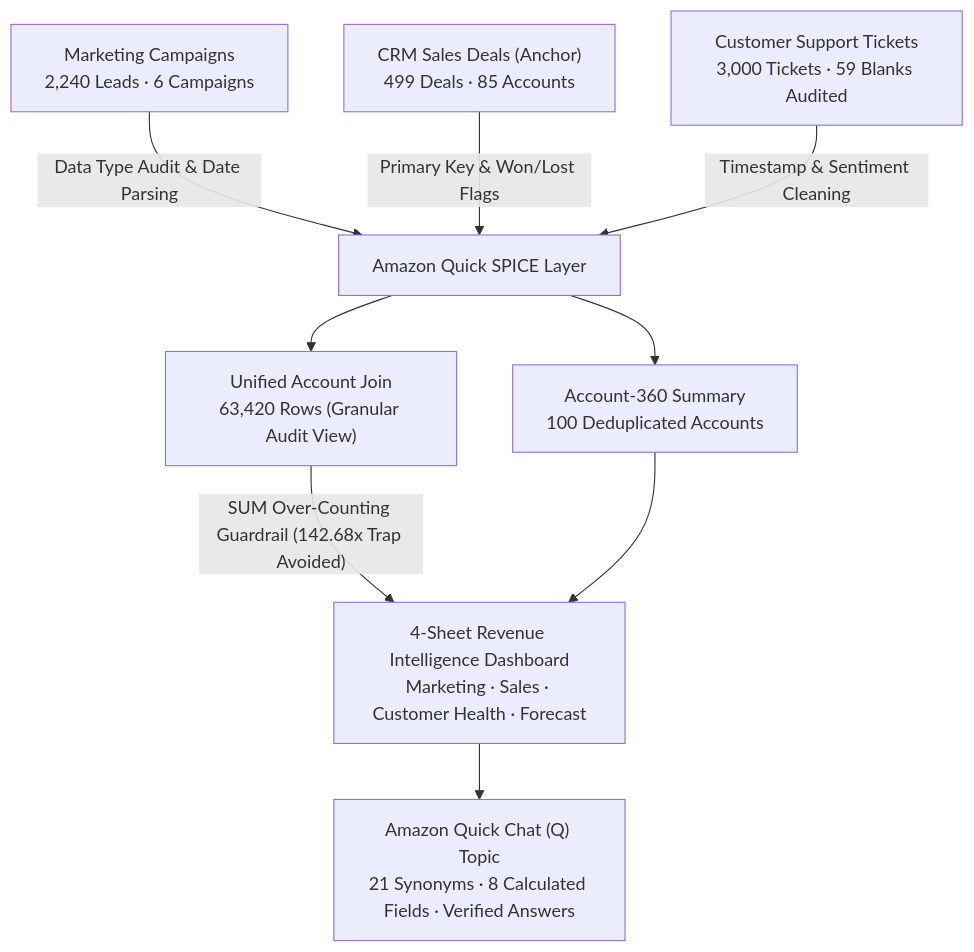
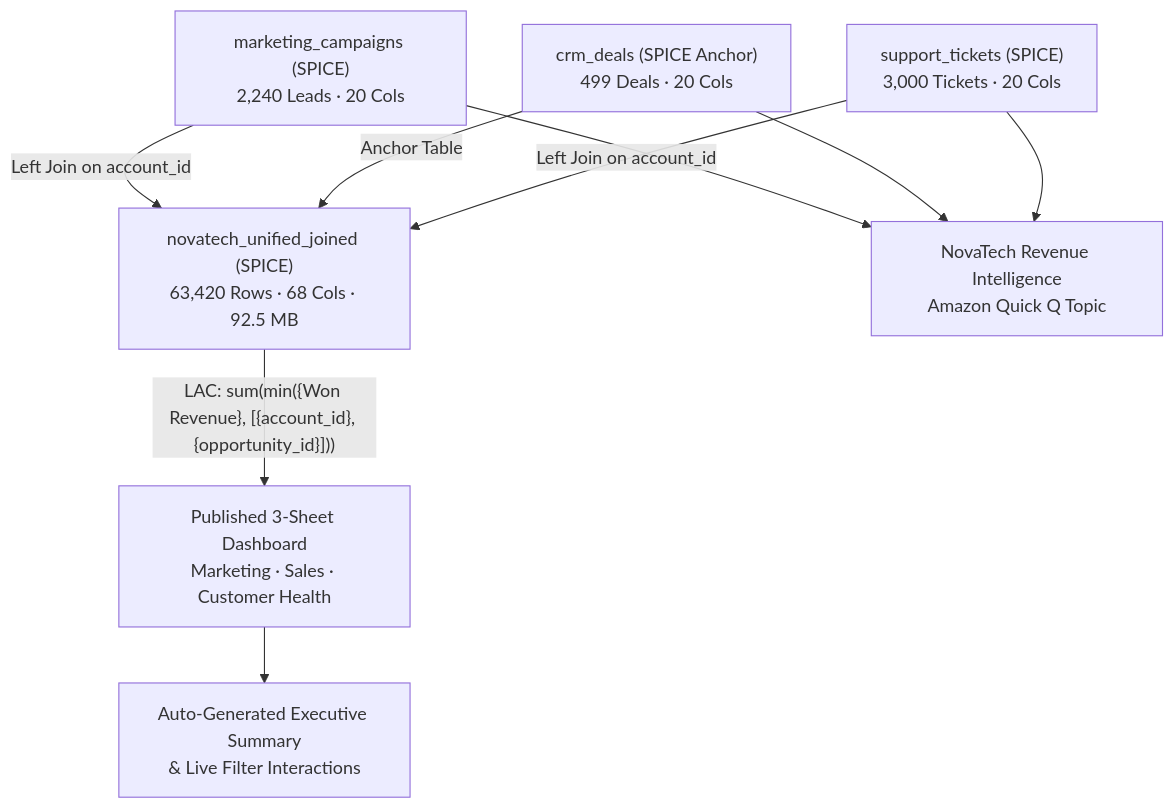
Before and after one commit to GhariebML/NovaTech-Revenue-Intelligence-Dashboard: the diagram in README.md, drawn with Mermaid. The commit also changed other lines of this file and 53 other files, not shown here.

Commit message:
Rebuild project live in Amazon Quick: 42 real screenshots, SPICE joins, LAC, Published 3-sheet Dashboard & Q Topic logs

````diff
--- a/README.md
+++ b/README.md
@@ -43,11 +43,11 @@
 ```mermaid
 flowchart TD
-    M["Marketing Campaigns<br/>2,240 Leads · 6 Campaigns"] -->|"Data Type Audit & Date Parsing"| SPICE
-    C["CRM Sales Deals (Anchor)<br/>499 Deals · 85 Accounts"] -->|"Primary Key & Won/Lost Flags"| SPICE
-    S["Customer Support Tickets<br/>3,000 Tickets · 59 Blanks Audited"] -->|"Timestamp & Sentiment Cleaning"| SPICE
-    SPICE["Amazon Quick SPICE Layer"] --> U["Unified Account Join<br/>63,420 Rows (Granular Audit View)"]
-    SPICE --> A["Account-360 Summary<br/>100 Deduplicated Accounts"]
-    U -->|"SUM Over-Counting Guardrail (142.68x Trap Avoided)"| D["4-Sheet Revenue Intelligence Dashboard<br/>Marketing · Sales · Customer Health · Forecast"]
-    A --> D
-    D --> Q["Amazon Quick Chat (Q) Topic<br/>21 Synonyms · 8 Calculated Fields · Verified Answers"]
+    M["marketing_campaigns (SPICE)<br/>2,240 Leads · 20 Cols"] -->|"Left Join on account_id"| U
+    C["crm_deals (SPICE Anchor)<br/>499 Deals · 20 Cols"] -->|"Anchor Table"| U
+    S["support_tickets (SPICE)<br/>3,000 Tickets · 20 Cols"] -->|"Left Join on account_id"| U
+    U["novatech_unified_joined (SPICE)<br/>63,420 Rows · 68 Cols · 92.5 MB"] -->|"LAC: sum(min({Won Revenue}, [{account_id}, {opportunity_id}]))"| D["Published 3-Sheet Dashboard<br/>Marketing · Sales · Customer Health"]
+    M --> Q["NovaTech Revenue Intelligence<br/>Amazon Quick Q Topic"]
+    C --> Q
+    S --> Q
+    D --> E["Auto-Generated Executive Summary<br/>& Live Filter Interactions"]
 ```
````
